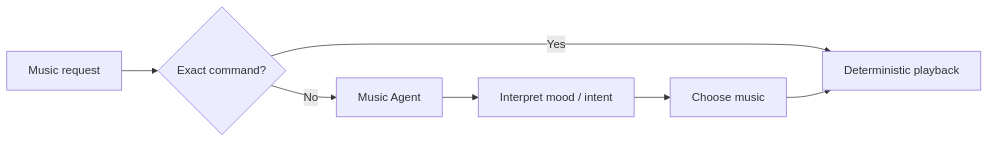
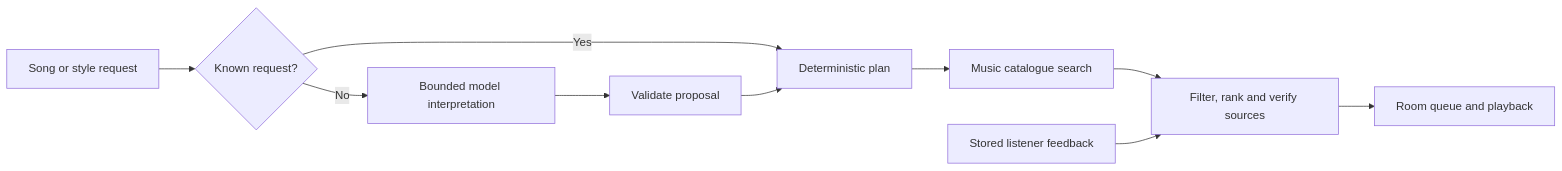
The fourth of 6 diagrams in WORKFLOWS.md (p0ki/personal-ai-infrastructure), drawn with Mermaid before and after one commit. The commit also changed other lines of this file, not shown here.

Commit message:
docs: describe verified DJ Viola music workflow

````diff
--- a/WORKFLOWS.md
+++ b/WORKFLOWS.md
@@ -131,9 +133,12 @@
 ```mermaid
 flowchart LR
-    Q[Music request] --> C{Exact command?}
-    C -->|Yes| D[Deterministic playback]
-    C -->|No| M[Music Agent]
-    M --> S[Interpret mood / intent]
-    S --> P[Choose music]
-    P --> D
+    Q[Song or style request] --> C{Known request?}
+    C -->|Yes| D[Deterministic plan]
+    C -->|No| M[Bounded model interpretation]
+    M --> V[Validate proposal]
+    V --> D
+    D --> S[Music catalogue search]
+    S --> E[Filter, rank and verify sources]
+    E --> P[Room queue and playback]
+    F[Stored listener feedback] --> E
 ```
````
